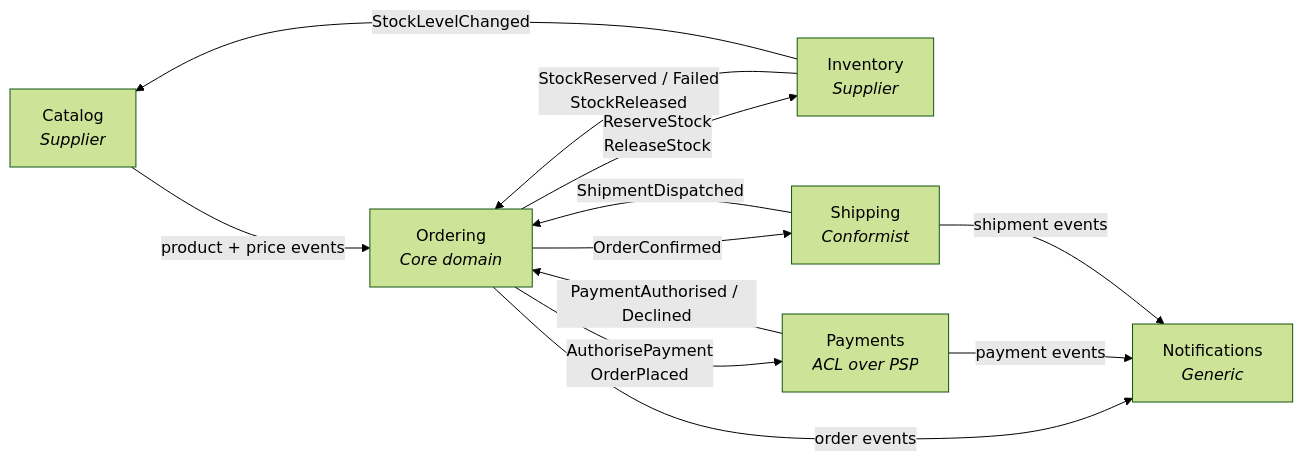
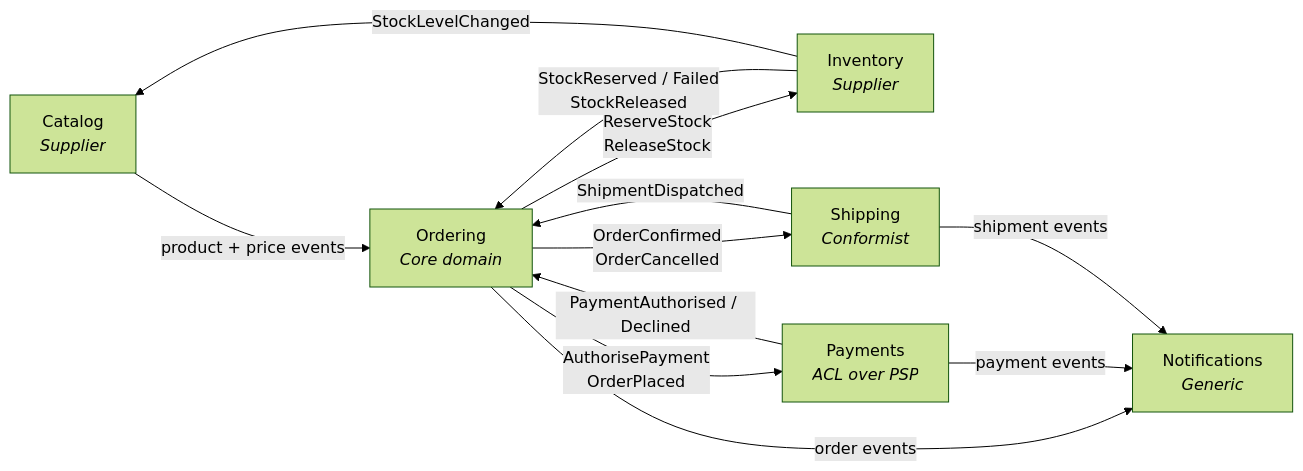
The diagram in docs/backend-architecture/03-bounded-contexts.md (alexander-shamray/blueprint-backend), drawn with Mermaid (forest theme) before and after one commit. The commit also changed other lines of this file and 8 other files, not shown here.

````diff
--- a/docs/backend-architecture/03-bounded-contexts.md
+++ b/docs/backend-architecture/03-bounded-contexts.md
@@ -10,21 +10,21 @@
 ```mermaid
 graph LR
     CAT[Catalog<br/><i>Supplier</i>]
     ORD[Ordering<br/><i>Core domain</i>]
     INV[Inventory<br/><i>Supplier</i>]
     PAY[Payments<br/><i>ACL over PSP</i>]
     SHP[Shipping<br/><i>Conformist</i>]
     NOT[Notifications<br/><i>Generic</i>]
 
     CAT -->|product + price events| ORD
     ORD -->|ReserveStock<br/>ReleaseStock| INV
     INV -->|StockReserved / Failed<br/>StockReleased| ORD
     ORD -->|AuthorisePayment<br/>OrderPlaced| PAY
     PAY -->|PaymentAuthorised / Declined| ORD
-    ORD -->|OrderConfirmed| SHP
+    ORD -->|OrderConfirmed<br/>OrderCancelled| SHP
     SHP -->|ShipmentDispatched| ORD
     ORD -->|order events| NOT
     PAY -->|payment events| NOT
     INV -->|StockLevelChanged| CAT
     SHP -->|shipment events| NOT
 ```
````
